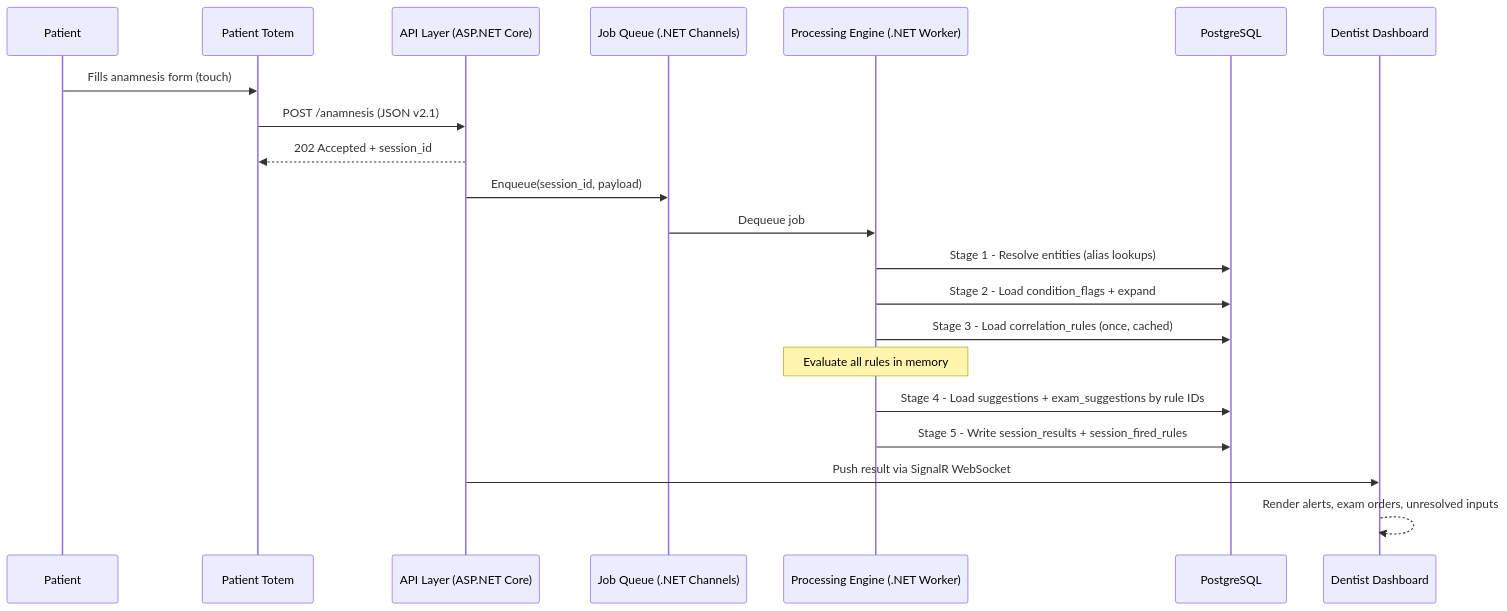
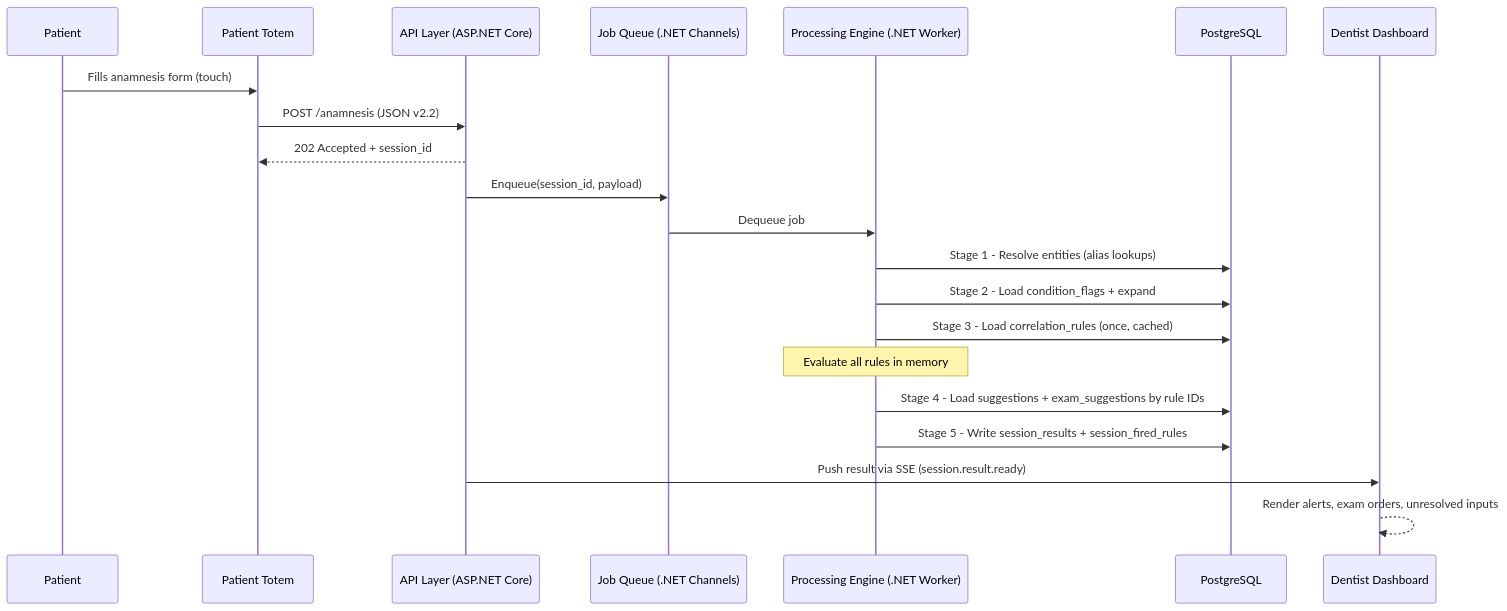
One commit to bobffortes/IAnamnesis changed the second of 9 diagrams in docs/Backend-Alg-Deep-Dive.md. Above: the diagram before and after it, drawn with Mermaid. The commit also changed other lines of this file and 3 other files, not shown here.

Commit message:
docs: update strategies and architecture

````diff
--- a/docs/Backend-Alg-Deep-Dive.md
+++ b/docs/Backend-Alg-Deep-Dive.md
@@ -202,27 +276,27 @@
 ```mermaid
 sequenceDiagram
   participant Patient
   participant Totem as Patient Totem
   participant API as API Layer (ASP.NET Core)
   participant Queue as Job Queue (.NET Channels)
   participant Engine as Processing Engine (.NET Worker)
   participant DB as PostgreSQL
   participant Dashboard as Dentist Dashboard
 
   Patient->>Totem: Fills anamnesis form (touch)
-  Totem->>API: POST /anamnesis (JSON v2.1)
+  Totem->>API: POST /anamnesis (JSON v2.2)
   API-->>Totem: 202 Accepted + session_id
   API->>Queue: Enqueue(session_id, payload)
 
   Queue->>Engine: Dequeue job
 
   Engine->>DB: Stage 1 - Resolve entities (alias lookups)
   Engine->>DB: Stage 2 - Load condition_flags + expand
   Engine->>DB: Stage 3 - Load correlation_rules (once, cached)
   Note over Engine: Evaluate all rules in memory
   Engine->>DB: Stage 4 - Load suggestions + exam_suggestions by rule IDs
   Engine->>DB: Stage 5 - Write session_results + session_fired_rules
 
-  API->>Dashboard: Push result via SignalR WebSocket
+  API->>Dashboard: Push result via SSE (session.result.ready)
   Dashboard-->>Dashboard: Render alerts, exam orders, unresolved inputs
 ```
````
